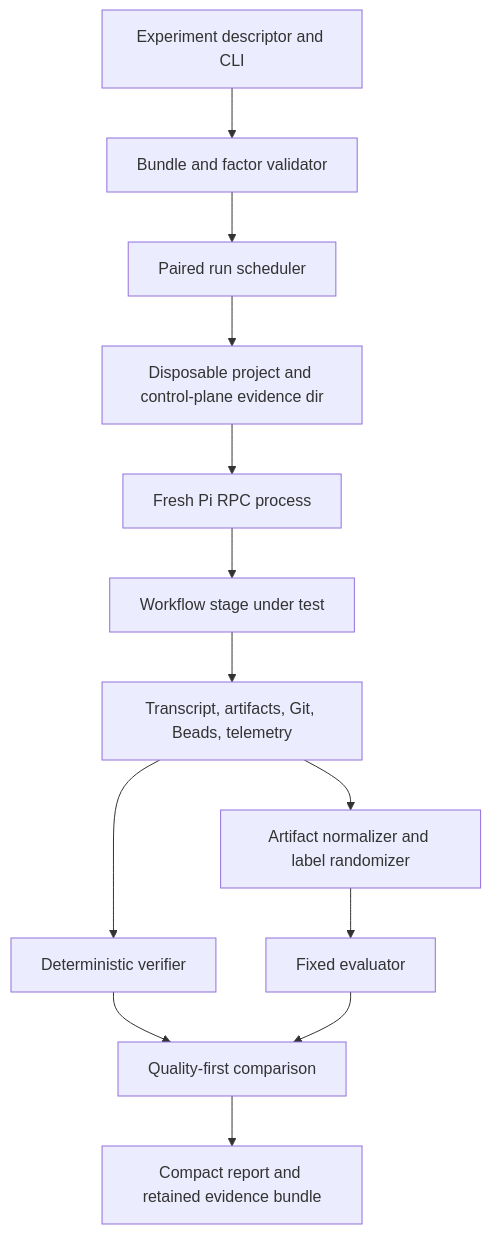
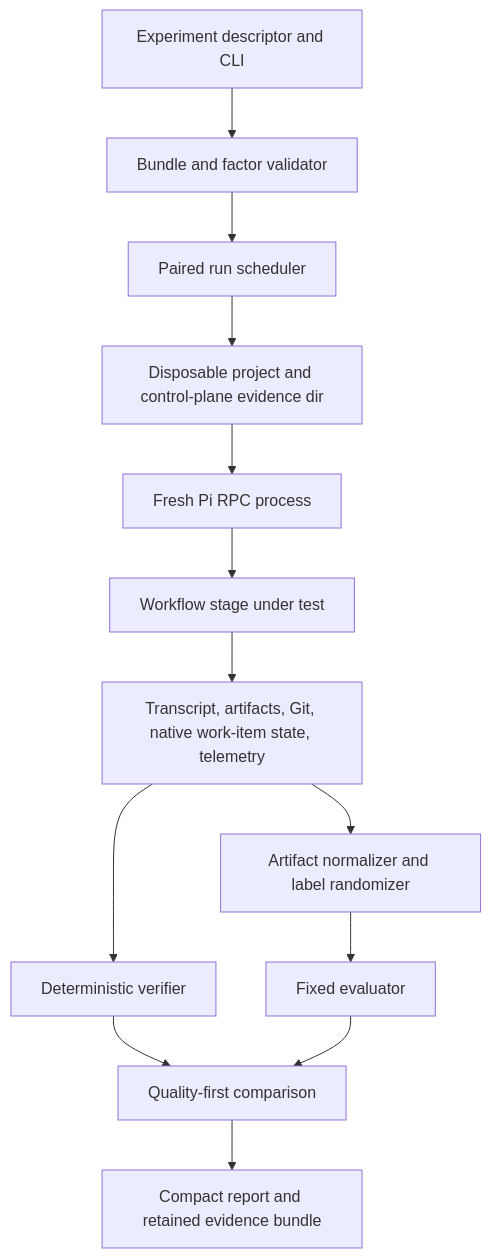
One commit to DrunkenDonkey80/ce-workflow changed the second of 5 diagrams in docs/plans/2026-07-15-001-feat-ce-workflow-evaluation-harness-plan.md. Above: the diagram before and after it, drawn with Mermaid. The commit also changed other lines of this file and 6 other files, not shown here.

````diff
--- a/docs/plans/2026-07-15-001-feat-ce-workflow-evaluation-harness-plan.md
+++ b/docs/plans/2026-07-15-001-feat-ce-workflow-evaluation-harness-plan.md
@@ -218,15 +218,15 @@
 ```mermaid
 flowchart TB
   CLI[Experiment descriptor and CLI] --> Contract[Bundle and factor validator]
   Contract --> Pair[Paired run scheduler]
   Pair --> Workspace[Disposable project and control-plane evidence dir]
   Workspace --> RPC[Fresh Pi RPC process]
   RPC --> Workflow[Workflow stage under test]
-  Workflow --> Raw[Transcript, artifacts, Git, Beads, telemetry]
+  Workflow --> Raw[Transcript, artifacts, Git, native work-item state, telemetry]
   Raw --> Gates[Deterministic verifier]
   Raw --> Blind[Artifact normalizer and label randomizer]
   Blind --> Judge[Fixed evaluator]
   Gates --> Verdict[Quality-first comparison]
   Judge --> Verdict
   Verdict --> Report[Compact report and retained evidence bundle]
 ```
````
